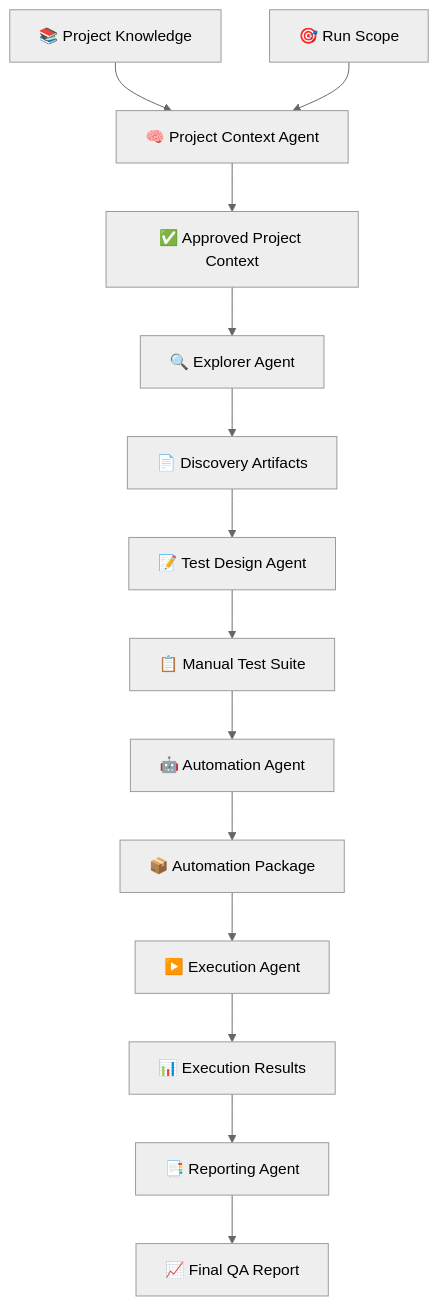
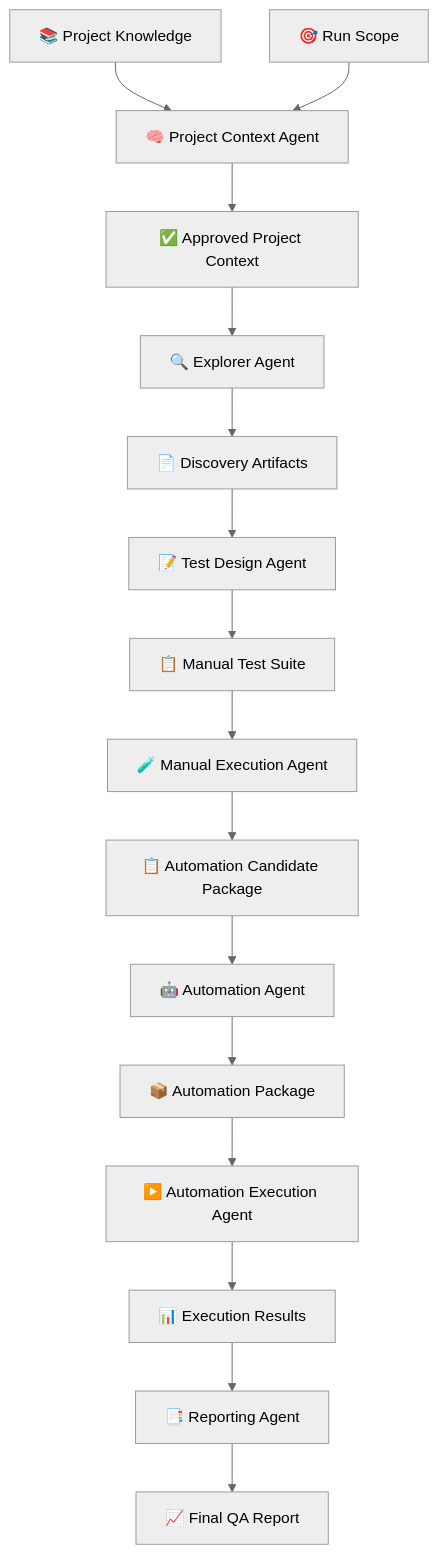
Before and after one commit to HusseinAtaHussein1/AISeatMap: the first of 5 diagrams in docs/README.md, drawn with Mermaid (neutral theme). The commit also changed other lines of this file and 208 other files, not shown here.

Commit message:
new agent for manual execution only

````diff
--- a/docs/README.md
+++ b/docs/README.md
@@ -87,33 +87,37 @@
 ```mermaid
 flowchart TD
 
     PK["📚 Project Knowledge"]
     RS["🎯 Run Scope"]
 
     PK --> PCA
     RS --> PCA
 
     PCA["🧠 Project Context Agent"]
 
     PCA --> PC["✅ Approved Project Context"]
 
     PC --> EXP["🔍 Explorer Agent"]
 
     EXP --> DISC["📄 Discovery Artifacts"]
 
     DISC --> TD["📝 Test Design Agent"]
 
     TD --> TESTS["📋 Manual Test Suite"]
 
-    TESTS --> AUTO["🤖 Automation Agent"]
+    TESTS --> MANEX["🧪 Manual Execution Agent"]
+
+    MANEX --> CANDIDATES["📋 Automation Candidate Package"]
+
+    CANDIDATES --> AUTO["🤖 Automation Agent"]
 
     AUTO --> PACKAGE["📦 Automation Package"]
 
-    PACKAGE --> EXEC["▶️ Execution Agent"]
+    PACKAGE --> EXEC["▶️ Automation Execution Agent"]
 
     EXEC --> RESULTS["📊 Execution Results"]
 
     RESULTS --> REPORT["📑 Reporting Agent"]
 
     REPORT --> FINAL["📈 Final QA Report"]
 ```
````
